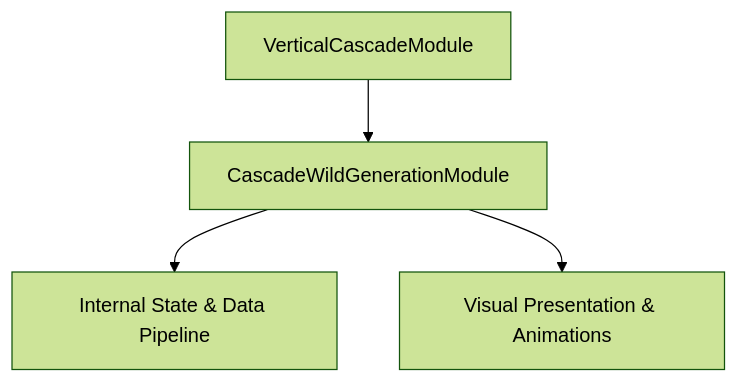
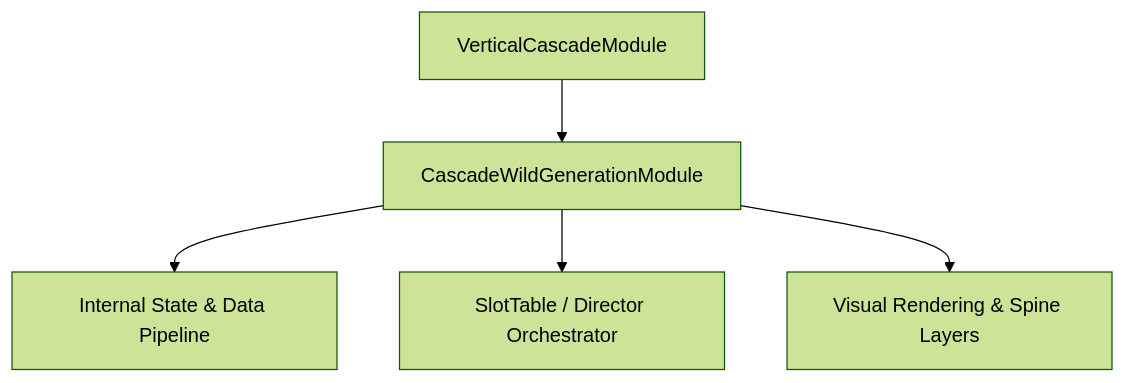
Before and after one commit to lam-ark/mcp-fwcc: the diagram in docs/cc_slot_mechanics/modules/CascadeWildGenerationModule/01_overview/01_architecture_and_role.md, drawn with Mermaid (forest theme). The commit also changed other lines of this file and 2509 other files, not shown here.

````diff
--- a/docs/cc_slot_mechanics/modules/CascadeWildGenerationModule/01_overview/01_architecture_and_role.md
+++ b/docs/cc_slot_mechanics/modules/CascadeWildGenerationModule/01_overview/01_architecture_and_role.md
@@ -18,6 +24,7 @@
 ```mermaid
 graph TD
-    Parent[VerticalCascadeModule] --> Mod[CascadeWildGenerationModule]
-    Mod --> State[Internal State & Data Pipeline]
-    Mod --> Render[Visual Presentation & Animations]
+    SuperClass[VerticalCascadeModule] --> TargetClass[CascadeWildGenerationModule]
+    TargetClass --> DataPipeline[Internal State & Data Pipeline]
+    TargetClass --> Orchestrator[SlotTable / Director Orchestrator]
+    TargetClass --> ViewLayer[Visual Rendering & Spine Layers]
 ```
````
